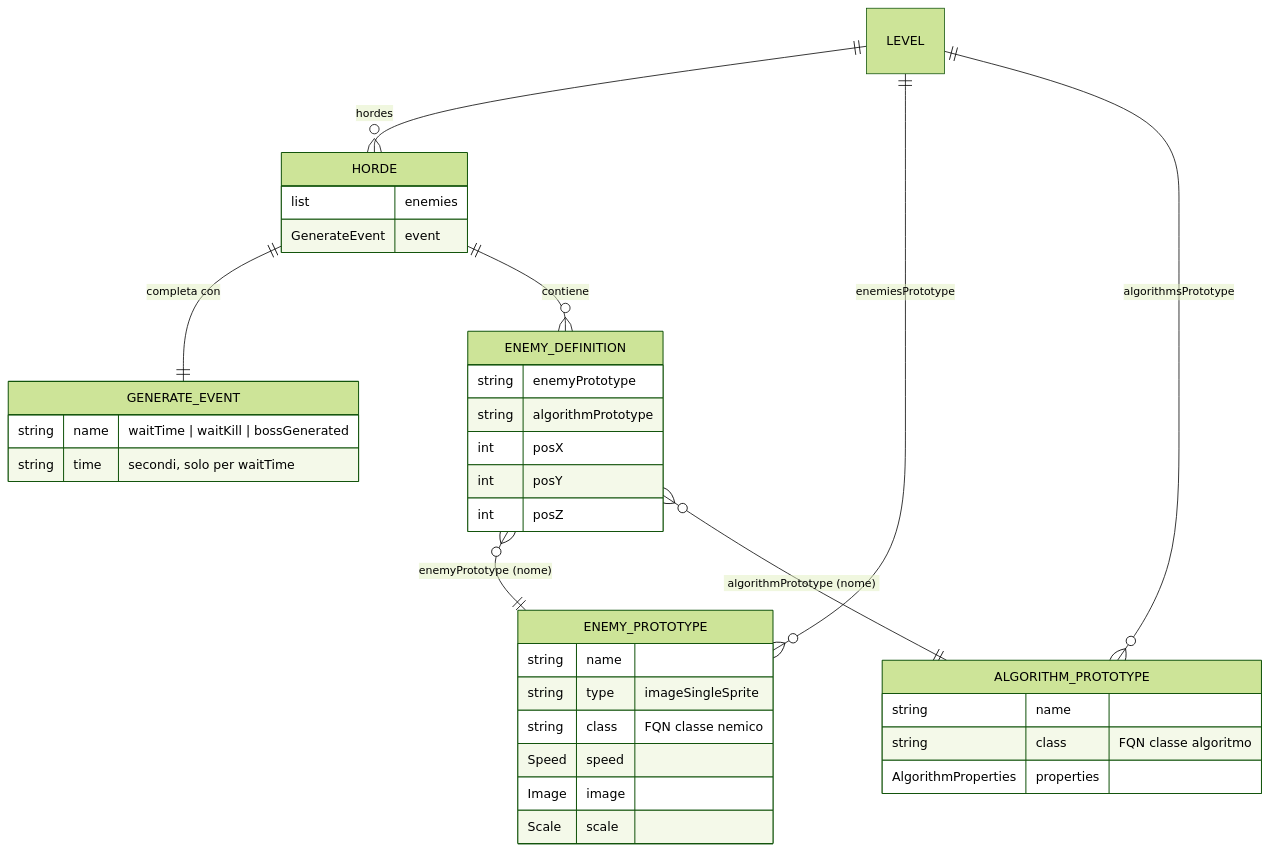
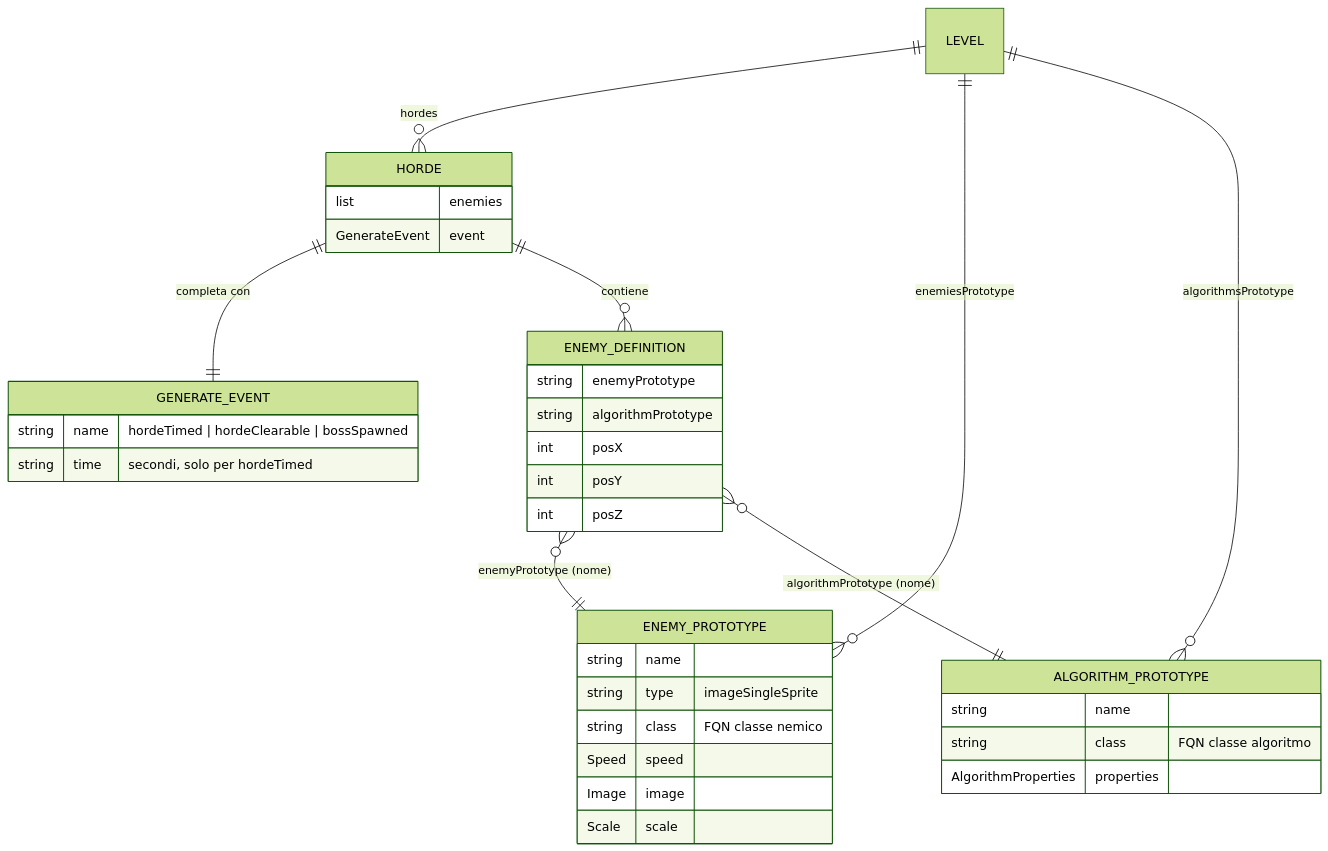
Before and after one commit to alesky78/TigerSupply: the sixth of 7 diagrams in documentation/subsystems/enemy-spawn-lifecycle/index.md, drawn with Mermaid (forest theme). The commit also changed other lines of this file and 17 other files, not shown here.

````diff
--- a/documentation/subsystems/enemy-spawn-lifecycle/index.md
+++ b/documentation/subsystems/enemy-spawn-lifecycle/index.md
@@ -296,39 +296,39 @@
 ```mermaid
 erDiagram
     LEVEL ||--o{ HORDE : "hordes"
     LEVEL ||--o{ ENEMY_PROTOTYPE : "enemiesPrototype"
     LEVEL ||--o{ ALGORITHM_PROTOTYPE : "algorithmsPrototype"
     HORDE ||--|| GENERATE_EVENT : "completa con"
     HORDE ||--o{ ENEMY_DEFINITION : "contiene"
     ENEMY_DEFINITION }o--|| ENEMY_PROTOTYPE : "enemyPrototype (nome)"
     ENEMY_DEFINITION }o--|| ALGORITHM_PROTOTYPE : "algorithmPrototype (nome)"
 
     HORDE {
         list enemies
         GenerateEvent event
     }
     GENERATE_EVENT {
-        string name "waitTime | waitKill | bossGenerated"
-        string time "secondi, solo per waitTime"
+        string name "hordeTimed | hordeClearable | bossSpawned"
+        string time "secondi, solo per hordeTimed"
     }
     ENEMY_DEFINITION {
         string enemyPrototype
         string algorithmPrototype
         int posX
         int posY
         int posZ
     }
     ENEMY_PROTOTYPE {
         string name
         string type "imageSingleSprite"
         string class "FQN classe nemico"
         Speed speed
         Image image
         Scale scale
     }
     ALGORITHM_PROTOTYPE {
         string name
         string class "FQN classe algoritmo"
         AlgorithmProperties properties
     }
 ```
````
